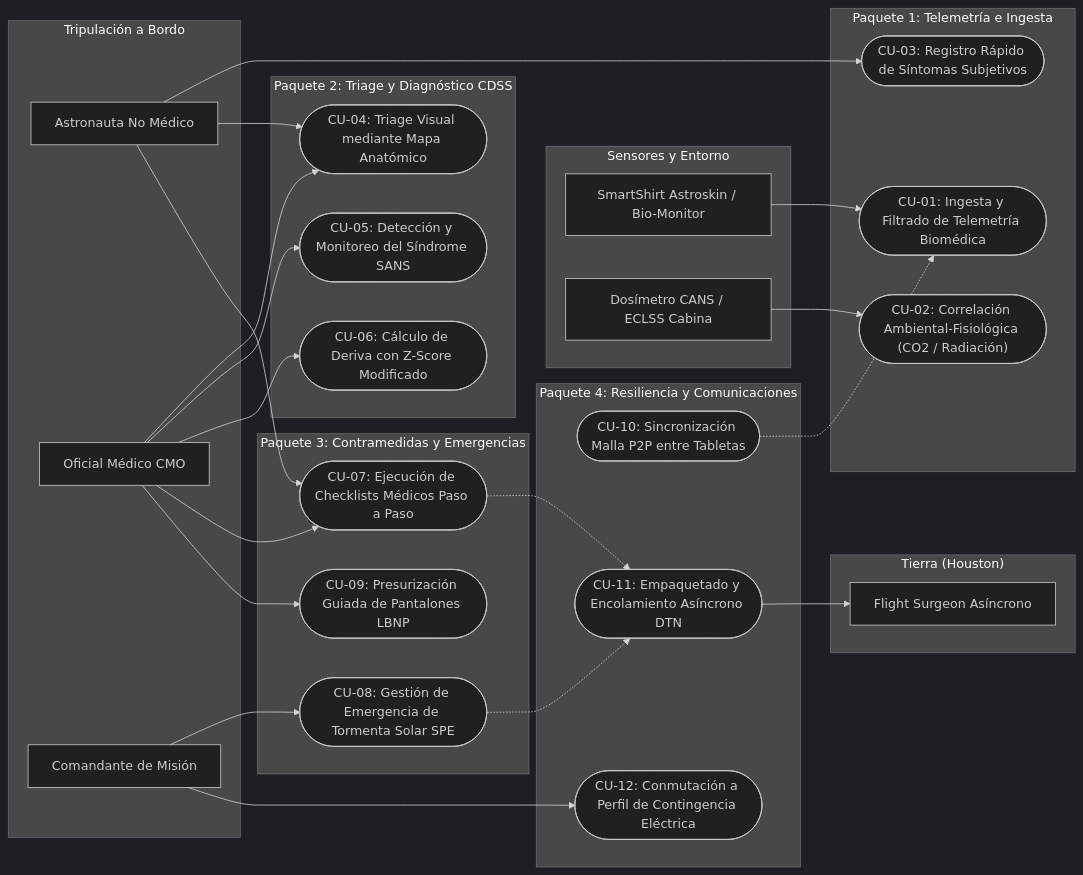
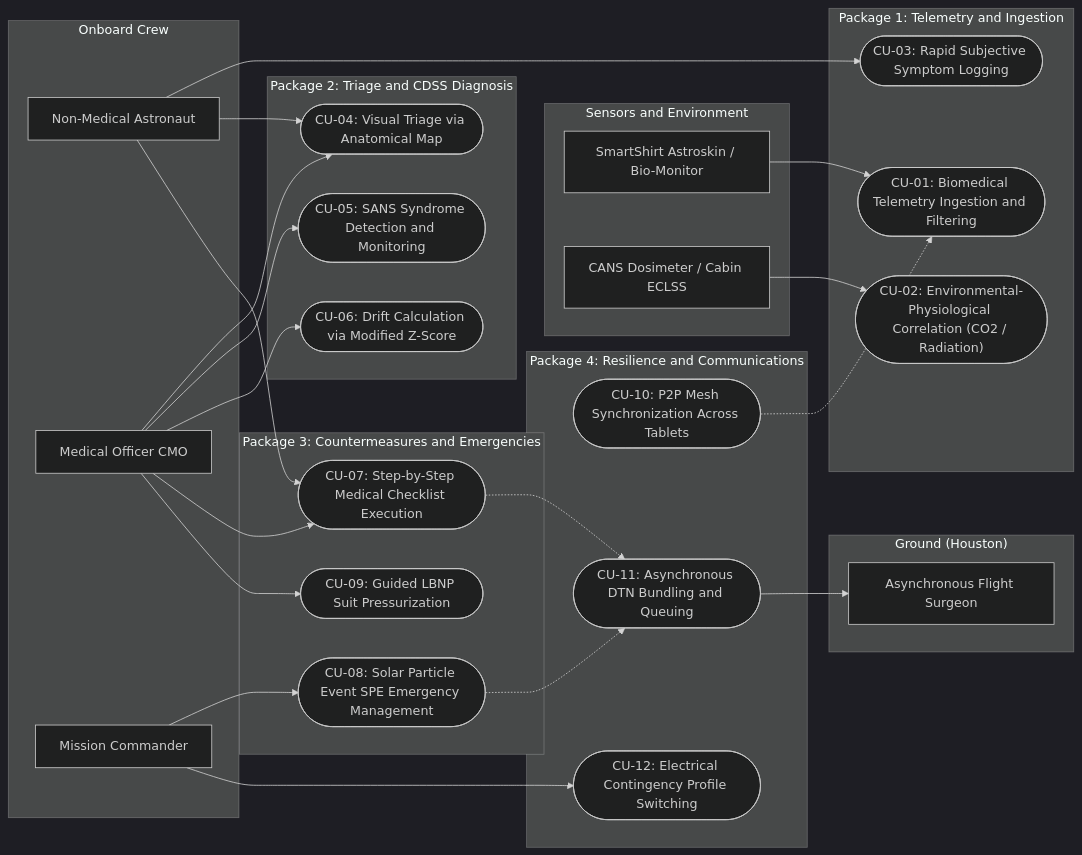
One commit to angelcontres/ASTHA-SpaceApps changed the second of 2 diagrams in docs/Casos-de-uso/README.md. Above: the diagram before and after it, drawn with Mermaid (dark theme). The commit also changed other lines of this file and 46 other files, not shown here.

````diff
--- a/docs/Casos-de-uso/README.md
+++ b/docs/Casos-de-uso/README.md
@@ -77,67 +77,67 @@
 ```mermaid
 flowchart LR
-    subgraph ActoresHumanos["Tripulación a Bordo"]
-        A[Astronauta No Médico]
-        B[Oficial Médico CMO]
-        C[Comandante de Misión]
+    subgraph HumanActors["Onboard Crew"]
+        A["Non-Medical Astronaut"]
+        B["Medical Officer CMO"]
+        C["Mission Commander"]
     end
 
-    subgraph ActoresHardware["Sensores y Entorno"]
+    subgraph HardwareActors["Sensors and Environment"]
         S1["SmartShirt Astroskin / Bio-Monitor"]
-        S2["Dosímetro CANS / ECLSS Cabina"]
+        S2["CANS Dosimeter / Cabin ECLSS"]
     end
 
-    subgraph Modulo1["Paquete 1: Telemetría e Ingesta"]
-        CU01(["CU-01: Ingesta y Filtrado de Telemetría Biomédica"])
-        CU02(["CU-02: Correlación Ambiental-Fisiológica (CO2 / Radiación)"])
-        CU03(["CU-03: Registro Rápido de Síntomas Subjetivos"])
+    subgraph Module1["Package 1: Telemetry and Ingestion"]
+        CU01(["CU-01: Biomedical Telemetry Ingestion and Filtering"])
+        CU02(["CU-02: Environmental-Physiological Correlation (CO2 / Radiation)"])
+        CU03(["CU-03: Rapid Subjective Symptom Logging"])
     end
 
-    subgraph Modulo2["Paquete 2: Triage y Diagnóstico CDSS"]
-        CU04(["CU-04: Triage Visual mediante Mapa Anatómico"])
-        CU05(["CU-05: Detección y Monitoreo del Síndrome SANS"])
-        CU06(["CU-06: Cálculo de Deriva con Z-Score Modificado"])
+    subgraph Module2["Package 2: Triage and CDSS Diagnosis"]
+        CU04(["CU-04: Visual Triage via Anatomical Map"])
+        CU05(["CU-05: SANS Syndrome Detection and Monitoring"])
+        CU06(["CU-06: Drift Calculation via Modified Z-Score"])
     end
 
-    subgraph Modulo3["Paquete 3: Contramedidas y Emergencias"]
-        CU07(["CU-07: Ejecución de Checklists Médicos Paso a Paso"])
-        CU08(["CU-08: Gestión de Emergencia de Tormenta Solar SPE"])
-        CU09(["CU-09: Presurización Guiada de Pantalones LBNP"])
+    subgraph Module3["Package 3: Countermeasures and Emergencies"]
+        CU07(["CU-07: Step-by-Step Medical Checklist Execution"])
+        CU08(["CU-08: Solar Particle Event SPE Emergency Management"])
+        CU09(["CU-09: Guided LBNP Suit Pressurization"])
     end
 
-    subgraph Modulo4["Paquete 4: Resiliencia y Comunicaciones"]
-        CU10(["CU-10: Sincronización Malla P2P entre Tabletas"])
-        CU11(["CU-11: Empaquetado y Encolamiento Asíncrono DTN"])
-        CU12(["CU-12: Conmutación a Perfil de Contingencia Eléctrica"])
+    subgraph Module4["Package 4: Resilience and Communications"]
+        CU10(["CU-10: P2P Mesh Synchronization Across Tablets"])
+        CU11(["CU-11: Asynchronous DTN Bundling and Queuing"])
+        CU12(["CU-12: Electrical Contingency Profile Switching"])
     end
 
-    subgraph ActorTierra["Tierra (Houston)"]
-        H[Flight Surgeon Asíncrono]
+    subgraph GroundActor["Ground (Houston)"]
+        H["Asynchronous Flight Surgeon"]
     end
 
-    %% Conexiones Hardware
+    %% Hardware Connections
     S1 --> CU01
     S2 --> CU02
 
-    %% Conexiones Astronauta
+    %% Astronaut Connections
     A --> CU03
     A --> CU04
     A --> CU07
 
-    %% Conexiones CMO
+    %% CMO Connections
     B --> CU04
     B --> CU05
     B --> CU06
     B --> CU07
     B --> CU09
 
-    %% Conexiones Comandante
+    %% Commander Connections
     C --> CU08
     C --> CU12
 
-    %% Conexiones Sistema y Tierra
+    %% System and Ground Connections
     CU07 -.-> CU11
     CU08 -.-> CU11
     CU11 --> H
     CU10 -.-> CU01
 ```
````
